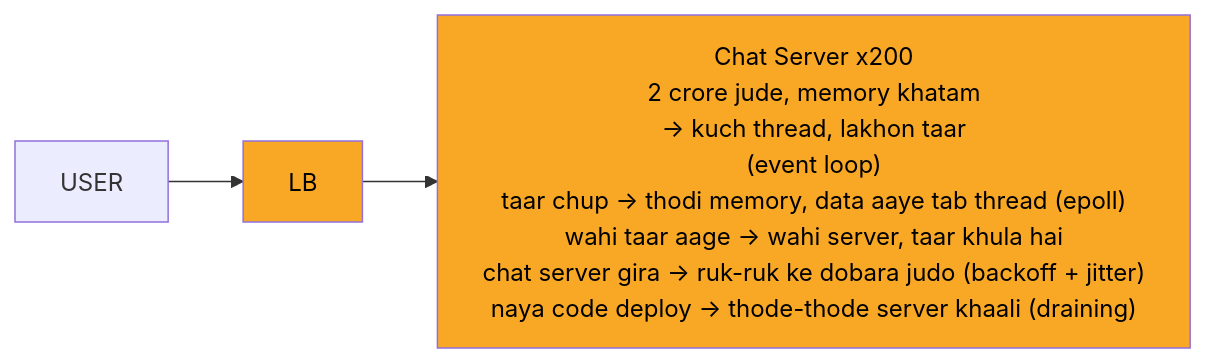
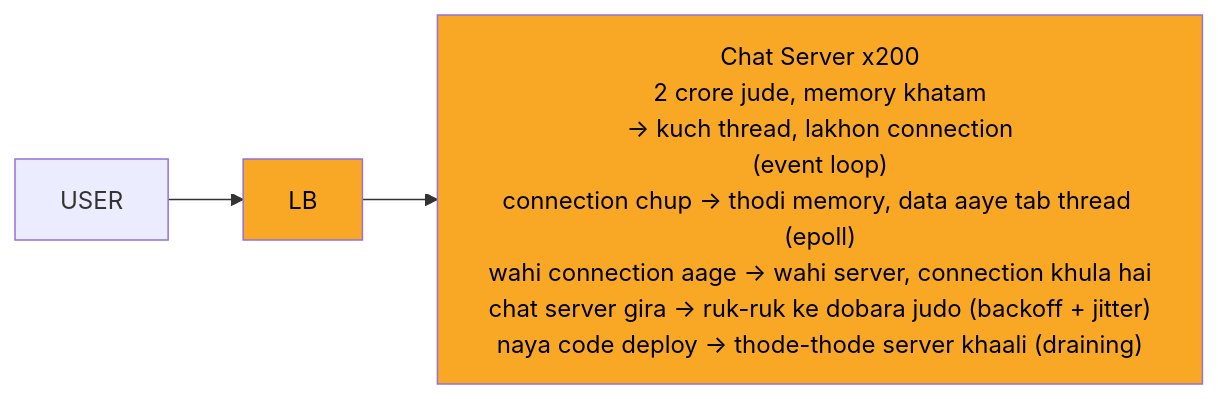
One commit to ArpanMaheshwari144/Prep changed the second of 12 diagrams in 04_HLD/SYSTEM_DESIGNS/14_chat_messaging/14_chat_messaging.md. Above: the diagram before and after it, drawn with Mermaid. The commit also changed other lines of this file and 12 other files, not shown here.

````diff
--- a/04_HLD/SYSTEM_DESIGNS/14_chat_messaging/14_chat_messaging.md
+++ b/04_HLD/SYSTEM_DESIGNS/14_chat_messaging/14_chat_messaging.md
@@ -130,11 +130,11 @@
 ```mermaid
 %%{init: {"flowchart": {"wrappingWidth": 450}}}%%
 flowchart LR
     n_U["USER"]
     n_LB["LB"]
-    n_CS["Chat Server x200<br/>2 crore jude, memory khatam<br/>-> kuch thread, lakhon taar<br/>(event loop)<br/>taar chup -> thodi memory, data aaye tab thread (epoll)<br/>wahi taar aage -> wahi server, taar khula hai<br/>chat server gira -> ruk-ruk ke dobara judo (backoff + jitter)<br/>naya code deploy -> thode-thode server khaali (draining)"]
+    n_CS["Chat Server x200<br/>2 crore jude, memory khatam<br/>-> kuch thread, lakhon connection<br/>(event loop)<br/>connection chup -> thodi memory, data aaye tab thread (epoll)<br/>wahi connection aage -> wahi server, connection khula hai<br/>chat server gira -> ruk-ruk ke dobara judo (backoff + jitter)<br/>naya code deploy -> thode-thode server khaali (draining)"]
     n_U --> n_LB
     n_LB --> n_CS
     style n_CS fill:#f9a825,color:#000
     style n_LB fill:#f9a825,color:#000
 ```
````
